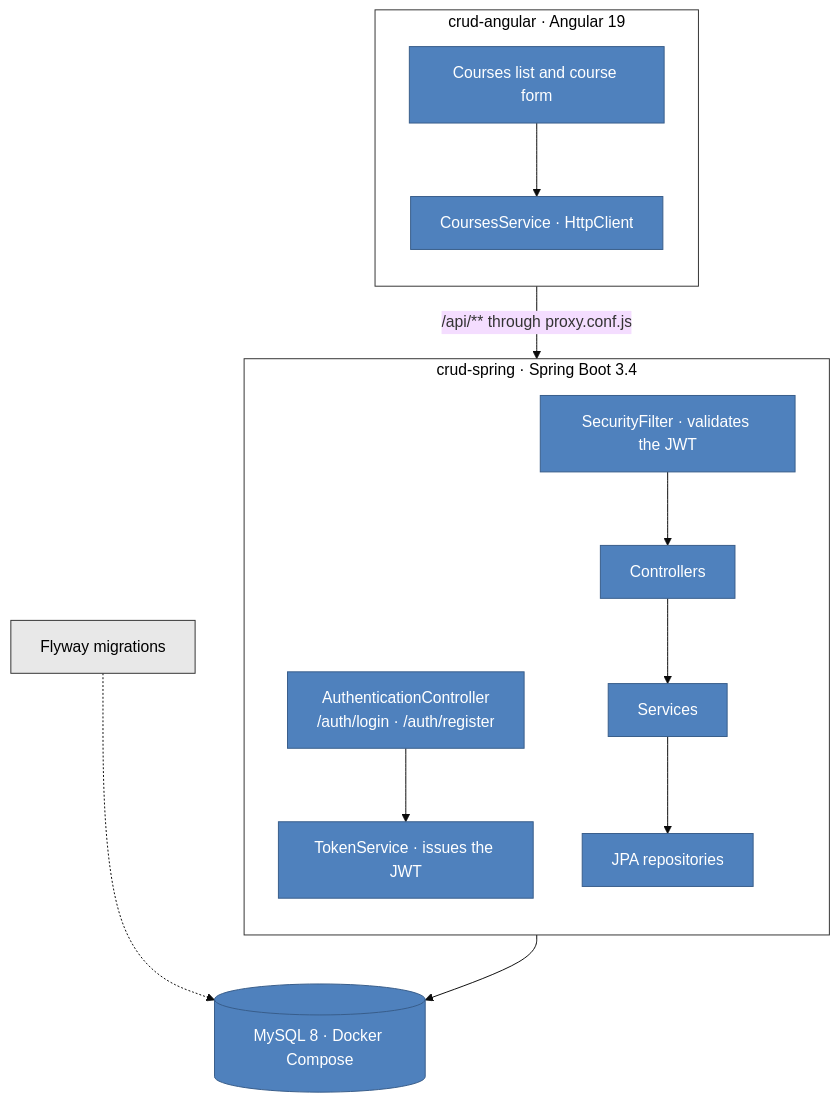
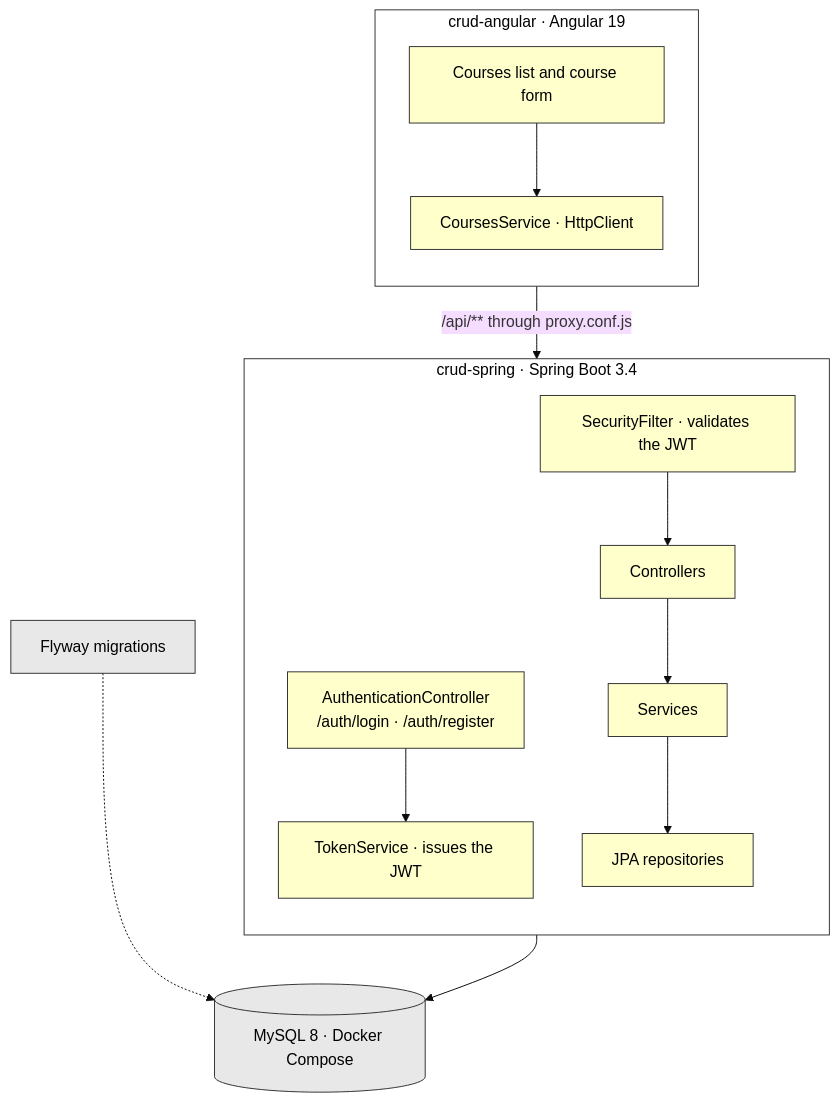
One commit to nathan00pdl/crud-angular-spring changed the diagram in docs/architecture.mmd. Above: the diagram before and after it, drawn with Mermaid (base theme). The commit also changed 2 other files, not shown here.

Commit message:
docs: bring the diagram to the shared palette and scale

```diff
--- a/docs/architecture.mmd
+++ b/docs/architecture.mmd
@@ -1,28 +1,28 @@
 flowchart TB
     subgraph FE["crud-angular · Angular 19"]
         direction TB
         UI["Courses list and course form"] --> SVC["CoursesService · HttpClient"]
     end
     SVC -- "/api/** through proxy.conf.js" --> SF
     subgraph BE["crud-spring · Spring Boot 3.4"]
         direction TB
         AUTH["AuthenticationController<br/>/auth/login · /auth/register"] --> TOK["TokenService · issues the JWT"]
         SF["SecurityFilter · validates the JWT"] --> CTRL["Controllers"]
         CTRL --> SERV["Services"]
         SERV --> REPO["JPA repositories"]
     end
     REPO --> DB[("MySQL 8 · Docker Compose")]
     FW["Flyway migrations"] -.-> DB
 
-    style UI fill:#4F81BD,stroke:#385D8A,color:#FFFFFF
-    style SVC fill:#4F81BD,stroke:#385D8A,color:#FFFFFF
-    style SF fill:#4F81BD,stroke:#385D8A,color:#FFFFFF
-    style CTRL fill:#4F81BD,stroke:#385D8A,color:#FFFFFF
-    style AUTH fill:#4F81BD,stroke:#385D8A,color:#FFFFFF
-    style TOK fill:#4F81BD,stroke:#385D8A,color:#FFFFFF
-    style SERV fill:#4F81BD,stroke:#385D8A,color:#FFFFFF
-    style REPO fill:#4F81BD,stroke:#385D8A,color:#FFFFFF
-    style DB fill:#4F81BD,stroke:#385D8A,color:#FFFFFF
+    style UI fill:#FFFFCC,stroke:#333333,color:#000000
+    style SVC fill:#FFFFCC,stroke:#333333,color:#000000
+    style SF fill:#FFFFCC,stroke:#333333,color:#000000
+    style CTRL fill:#FFFFCC,stroke:#333333,color:#000000
+    style AUTH fill:#FFFFCC,stroke:#333333,color:#000000
+    style TOK fill:#FFFFCC,stroke:#333333,color:#000000
+    style SERV fill:#FFFFCC,stroke:#333333,color:#000000
+    style REPO fill:#FFFFCC,stroke:#333333,color:#000000
+    style DB fill:#E8E8E8,stroke:#333333,color:#000000
     style FW fill:#E8E8E8,stroke:#333333,color:#000000
     style FE fill:#FFFFFF,stroke:#333333,color:#000000
     style BE fill:#FFFFFF,stroke:#333333,color:#000000
```
